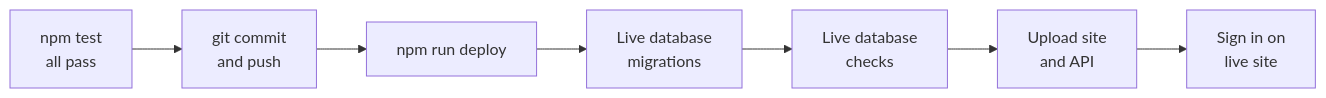
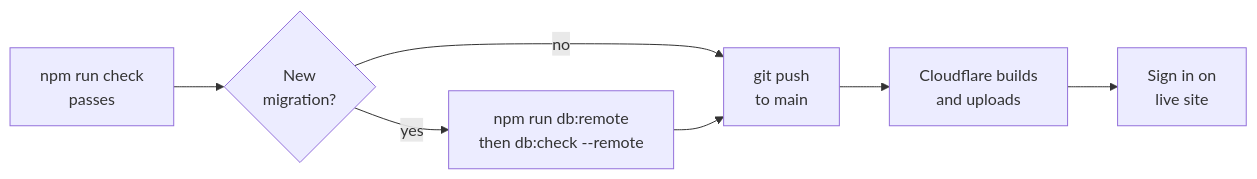
The second of 2 diagrams in docs/DEPLOYING.md (gvogas/medDashboard), drawn with Mermaid before and after one commit. The commit also changed other lines of this file and 7 other files, not shown here.

````diff
--- a/docs/DEPLOYING.md
+++ b/docs/DEPLOYING.md
@@ -91,9 +93,9 @@
 ```mermaid
 flowchart LR
-  A[npm test<br/>all pass] --> B[git commit<br/>and push]
-  B --> C[npm run deploy]
-  C --> D[Live database<br/>migrations]
-  D --> G[Live database<br/>checks]
-  G --> E[Upload site<br/>and API]
+  A[npm run check<br/>passes] --> M{New<br/>migration?}
+  M -->|yes| D[npm run db:remote<br/>then db:check --remote]
+  M -->|no| P
+  D --> P[git push<br/>to main]
+  P --> E[Cloudflare builds<br/>and uploads]
   E --> F[Sign in on<br/>live site]
 ```
````
